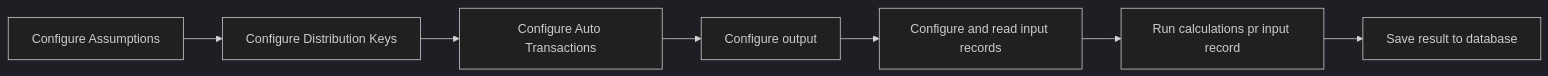
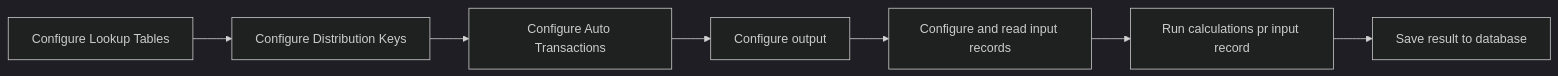
Before and after one commit to Profitbase/Episode-Docs: the diagram in articles/flow/actions/profitbase-invision/calculation-flow/overview.md, drawn with Mermaid (dark theme). The commit also changed other lines of this file and 6 other files, not shown here.

````diff
--- a/articles/flow/actions/profitbase-invision/calculation-flow/overview.md
+++ b/articles/flow/actions/profitbase-invision/calculation-flow/overview.md
@@ -10,6 +10,6 @@
 ```mermaid
 flowchart LR
-Assumptions[Configure Assumptions] --> DistrKeys[Configure Distribution Keys] --> AutoTrans[Configure Auto Transactions]
+LookupTables[Configure Lookup Tables] --> DistrKeys[Configure Distribution Keys] --> AutoTrans[Configure Auto Transactions]
 AutoTrans --> OutputTarget[Configure output] --> InputSource[Configure and read input records]
 InputSource --> Calculations[Run calculations pr input record] --> SaveOutput[Save result to database]
 ```
````
